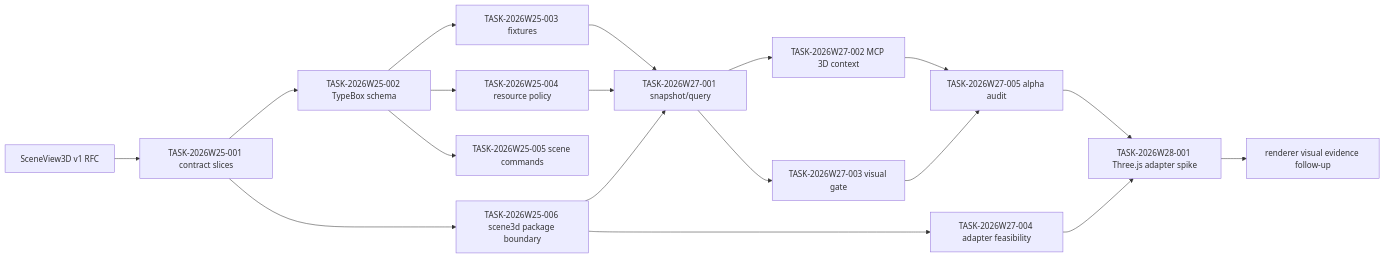
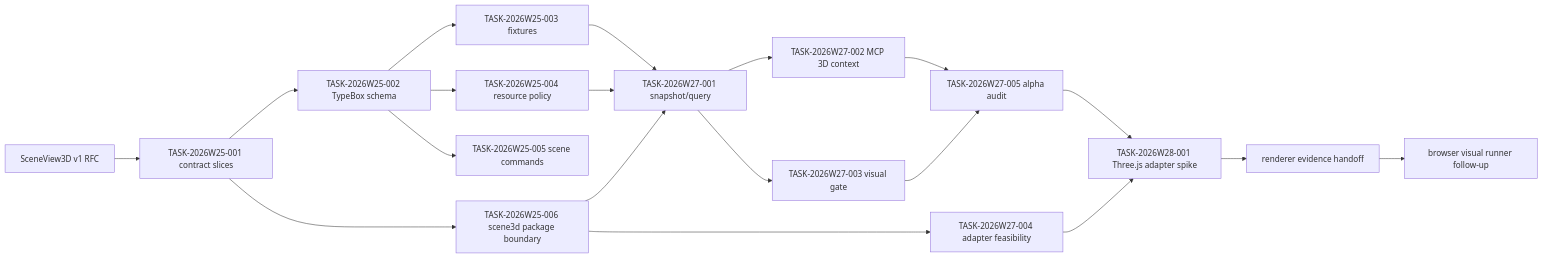
One commit to HYNCM/gis-engine changed the second of 2 diagrams in docs/planning/dependency-graph.md. Above: the diagram before and after it, drawn with Mermaid. The commit also changed other lines of this file and 13 other files, not shown here.

Commit message:
feat: add scene3d renderer evidence handoff

````diff
--- a/docs/planning/dependency-graph.md
+++ b/docs/planning/dependency-graph.md
@@ -80,20 +81,21 @@
 ```mermaid
 flowchart LR
   A["SceneView3D v1 RFC"] --> B["TASK-2026W25-001 contract slices"]
   B --> C["TASK-2026W25-002 TypeBox schema"]
   C --> D["TASK-2026W25-003 fixtures"]
   C --> E["TASK-2026W25-004 resource policy"]
   C --> F["TASK-2026W25-005 scene commands"]
   B --> G["TASK-2026W25-006 scene3d package boundary"]
   D --> H["TASK-2026W27-001 snapshot/query"]
   E --> H
   G --> H
   H --> I["TASK-2026W27-002 MCP 3D context"]
   H --> J["TASK-2026W27-003 visual gate"]
   G --> L["TASK-2026W27-004 adapter feasibility"]
   I --> K["TASK-2026W27-005 alpha audit"]
   J --> K
   K --> M["TASK-2026W28-001 Three.js adapter spike"]
   L --> M
-  M --> N["renderer visual evidence follow-up"]
+  M --> N["renderer evidence handoff"]
+  N --> O["browser visual runner follow-up"]
 ```
````
